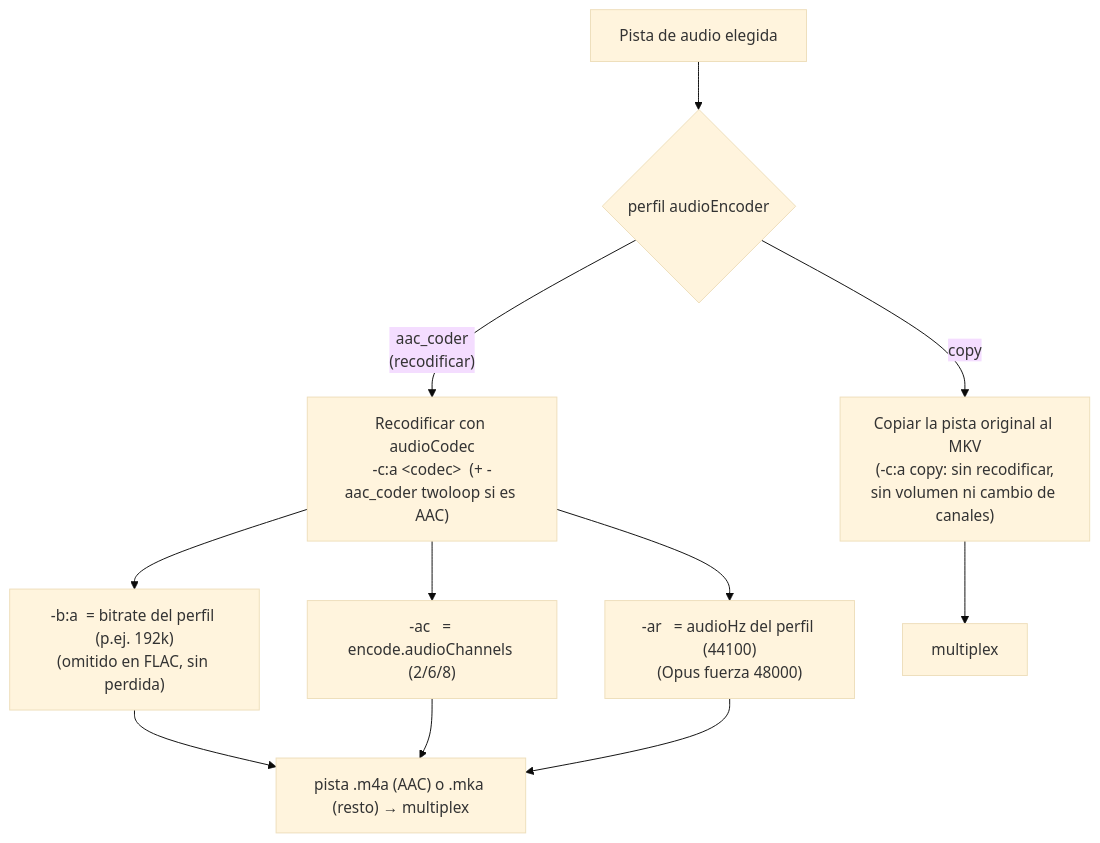
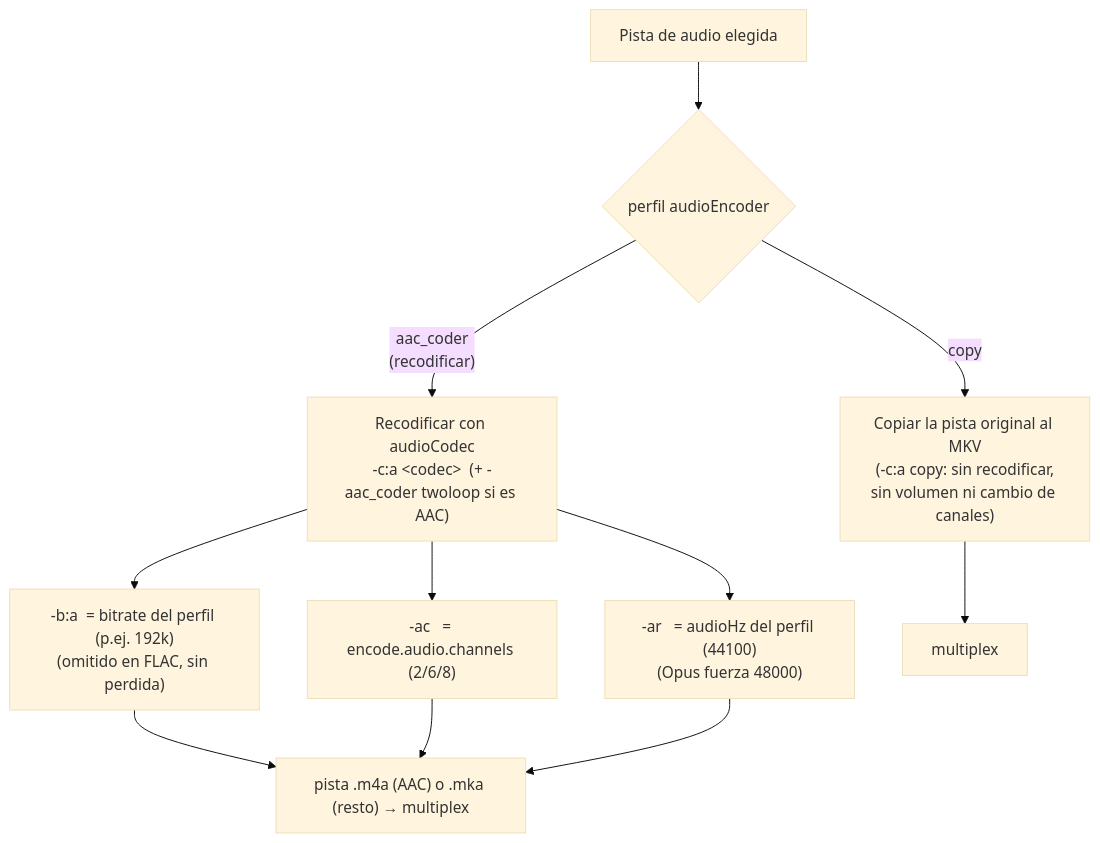
The fifth of 5 diagrams in docs/explica-audio.md (vsc55/ConversorVideoCMD), drawn with Mermaid (base theme) before and after one commit. The commit also changed other lines of this file and 29 other files, not shown here.

````diff
--- a/docs/explica-audio.md
+++ b/docs/explica-audio.md
@@ -191,13 +191,13 @@
 ```mermaid
 flowchart TD
     A["Pista de audio elegida"] --> B{"perfil audioEncoder"}
     B -- "copy" --> C["Copiar la pista original al MKV<br/>(-c:a copy: sin recodificar,<br/>sin volumen ni cambio de canales)"]
     B -- "aac_coder<br/>(recodificar)" --> D["Recodificar con audioCodec<br/>-c:a &lt;codec&gt;  (+ -aac_coder twoloop si es AAC)"]
     D --> E["-b:a  = bitrate del perfil (p.ej. 192k)<br/>(omitido en FLAC, sin perdida)"]
-    D --> F["-ac   = encode.audioChannels (2/6/8)"]
+    D --> F["-ac   = encode.audio.channels (2/6/8)"]
     D --> G["-ar   = audioHz del perfil (44100)<br/>(Opus fuerza 48000)"]
     E --> H["pista .m4a (AAC) o .mka (resto) → multiplex"]
     F --> H
     G --> H
     C --> M["multiplex"]
 ```
````
